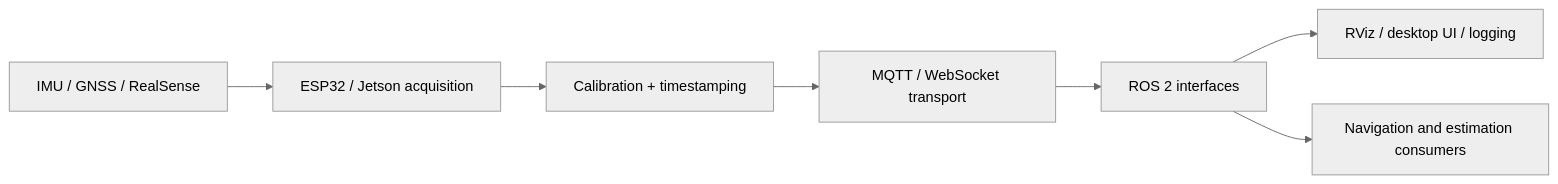
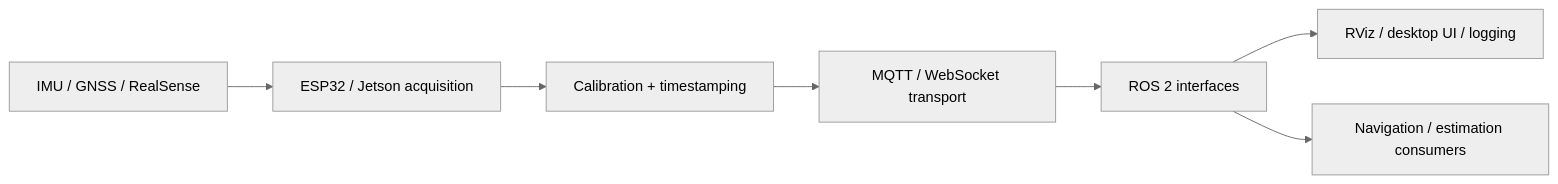
Before and after one commit to kosmicplane/SenDiMoniProg-IMU: the diagram in README.md, drawn with Mermaid (neutral theme). The commit also changed other lines of this file, not shown here.

Commit message:
Expand sensing architecture, evidence, and mathematical documentation

```diff
--- a/README.md
+++ b/README.md
@@ -32,9 +34,9 @@
 ~~~mermaid
 flowchart LR
     A[IMU / GNSS / RealSense] --> B[ESP32 / Jetson acquisition]
     B --> C[Calibration + timestamping]
     C --> D[MQTT / WebSocket transport]
     D --> E[ROS 2 interfaces]
     E --> F[RViz / desktop UI / logging]
-    E --> G[Navigation and estimation consumers]
+    E --> G[Navigation / estimation consumers]
 ~~~
```
